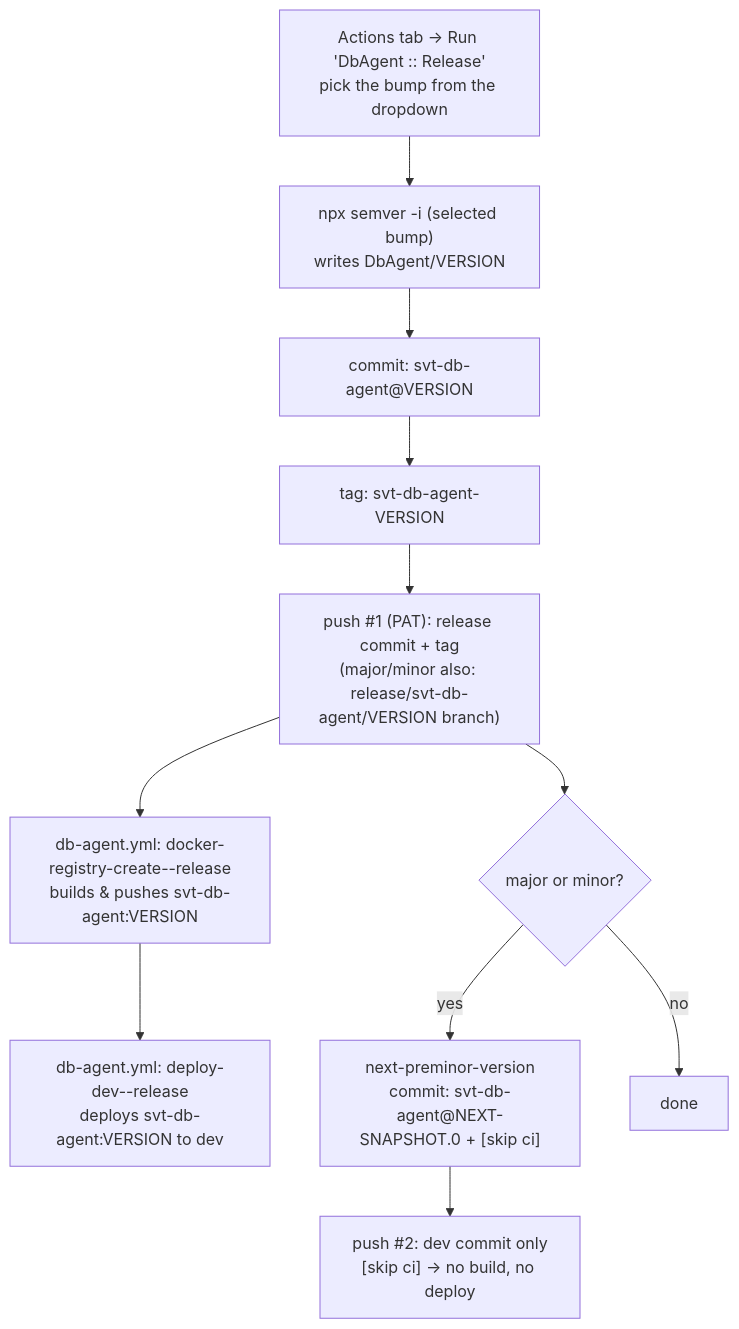
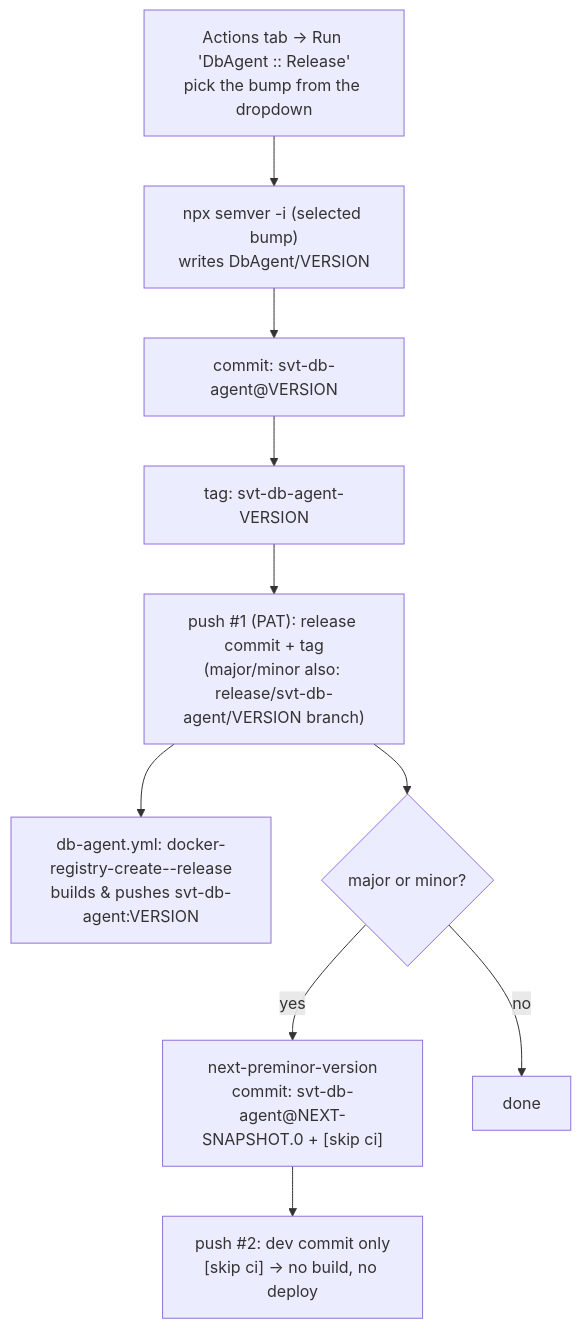
Before and after one commit to SVT-WP2/SVTSW: the third of 4 diagrams in DbAgent/README.md, drawn with Mermaid. The commit also changed other lines of this file and 21 other files, not shown here.

First line of the commit message:
#371 :: DB Next :: Docker image, CI/CD and dev deployment for svt-db-agent-next

````diff
--- a/DbAgent/README.md
+++ b/DbAgent/README.md
@@ -149,13 +155,12 @@
 ```mermaid
 flowchart TD
     U["Actions tab → Run 'DbAgent :: Release'<br/>pick the bump from the dropdown"] --> S1["npx semver -i (selected bump)<br/>writes DbAgent/VERSION"]
     S1 --> S2["commit: svt-db-agent@VERSION"]
     S2 --> S3["tag: svt-db-agent-VERSION"]
     S3 --> P1["push #1 (PAT): release commit + tag<br/>(major/minor also: release/svt-db-agent/VERSION branch)"]
     P1 --> T["db-agent.yml: docker-registry-create--release<br/>builds & pushes svt-db-agent:VERSION"]
-    T --> TD["db-agent.yml: deploy-dev--release<br/>deploys svt-db-agent:VERSION to dev"]
     P1 --> Q{"major or minor?"}
     Q -->|yes| S5["next-preminor-version<br/>commit: svt-db-agent@NEXT-SNAPSHOT.0 + [skip ci]"]
     S5 --> P2["push #2: dev commit only<br/>[skip ci] → no build, no deploy"]
     Q -->|no| Z["done"]
 ```
````
